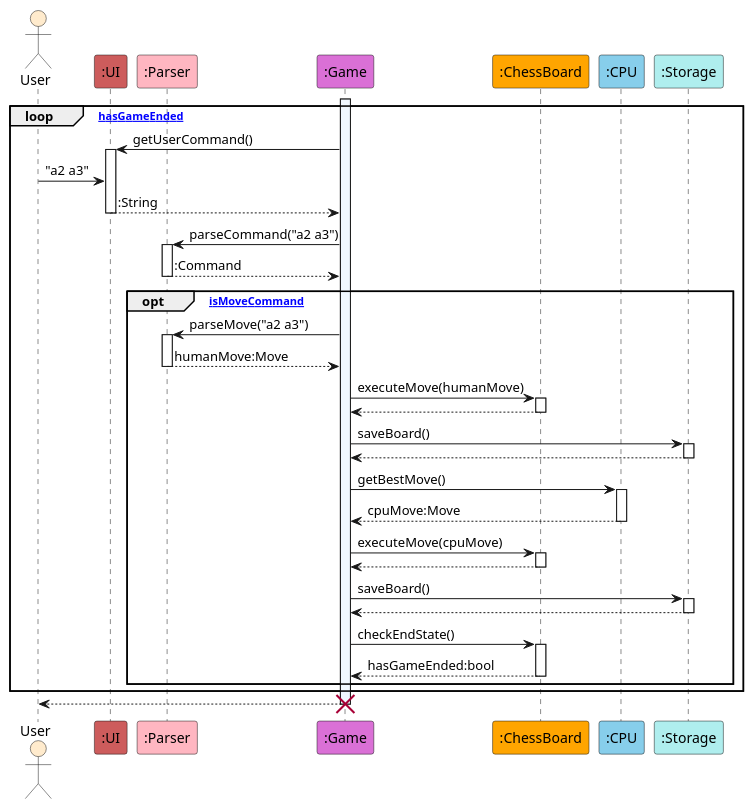
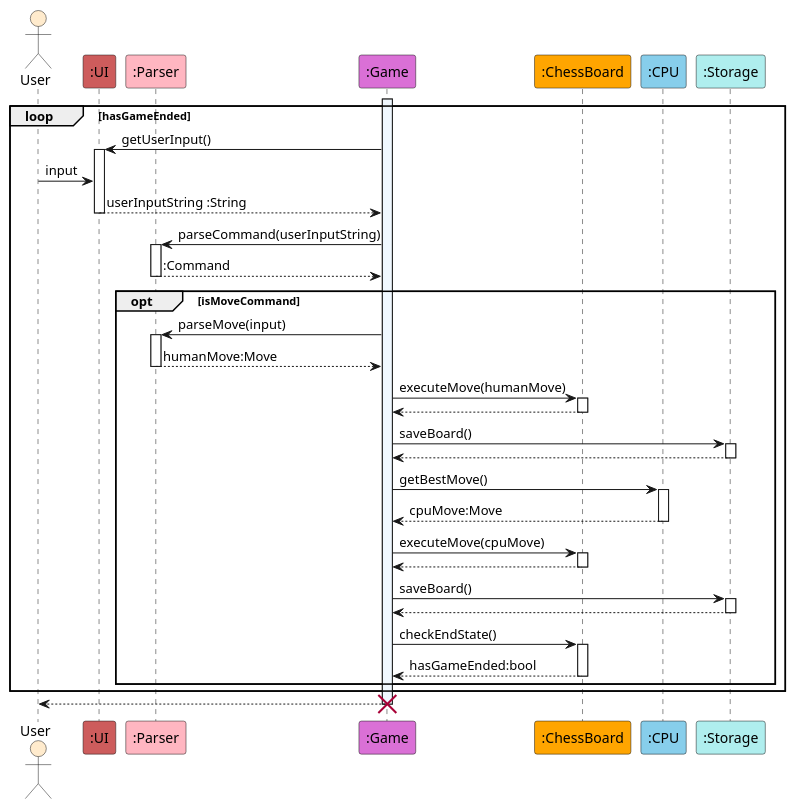
The diagram in docs/diagrams/GameSequence.puml (onx001/tp), drawn with PlantUML before and after one commit. The commit also changed 3 other files, not shown here.

Commit message:
Update sequence diagrams

```diff
--- a/docs/diagrams/GameSequence.puml
+++ b/docs/diagrams/GameSequence.puml
@@ -1,70 +1,70 @@
 @startuml GameSequence
 
 actor User as user #BlanchedAlmond
 participant ":UI" as ui #IndianRed
 participant ":Parser" as parser #LightPink
 participant ":Game" as game #Orchid
 participant ":ChessBoard" as board #Orange
 participant ":CPU" as cpu #SkyBlue
 participant ":Storage" as storage #PaleTurquoise
 
 activate game #AliceBlue
 
-loop [hasGameEnded]
+loop hasGameEnded
 
-    game -> ui : getUserCommand()
+    game -> ui : getUserInput()
     activate ui
-    user -> ui : "a2 a3"
-    ui --> game : :String
+    user -> ui : input
+    ui --> game : userInputString :String
     deactivate ui
 
-    game -> parser : parseCommand("a2 a3")
+    game -> parser : parseCommand(userInputString)
     activate parser
     parser --> game : :Command
     deactivate parser
 
-    opt [isMoveCommand]
+    opt isMoveCommand
 
-        game -> parser : parseMove("a2 a3")
+        game -> parser : parseMove(input)
         activate parser
         parser --> game : humanMove:Move
         deactivate parser
 
         game -> board : executeMove(humanMove)
         activate board
         board --> game
         deactivate board
 
         game -> storage : saveBoard()
         activate storage
         storage --> game
         deactivate storage
 
         game -> cpu : getBestMove()
         activate cpu
         cpu --> game : cpuMove:Move
         deactivate cpu
 
         game -> board : executeMove(cpuMove)
         activate board
         board --> game
         deactivate board
 
         game -> storage : saveBoard()
         activate storage
         storage --> game
         deactivate storage
 
         game -> board : checkEndState()
         activate board
         board --> game : hasGameEnded:bool
         deactivate board
 
     end
 
 end
 
 game --> user
 destroy game
 
 @enduml
```
